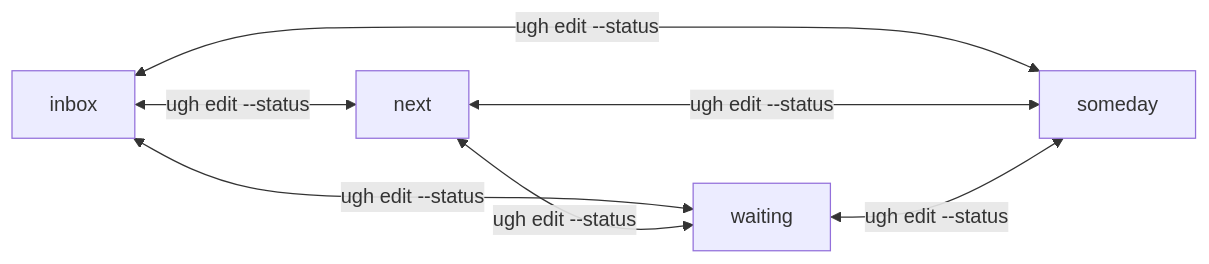
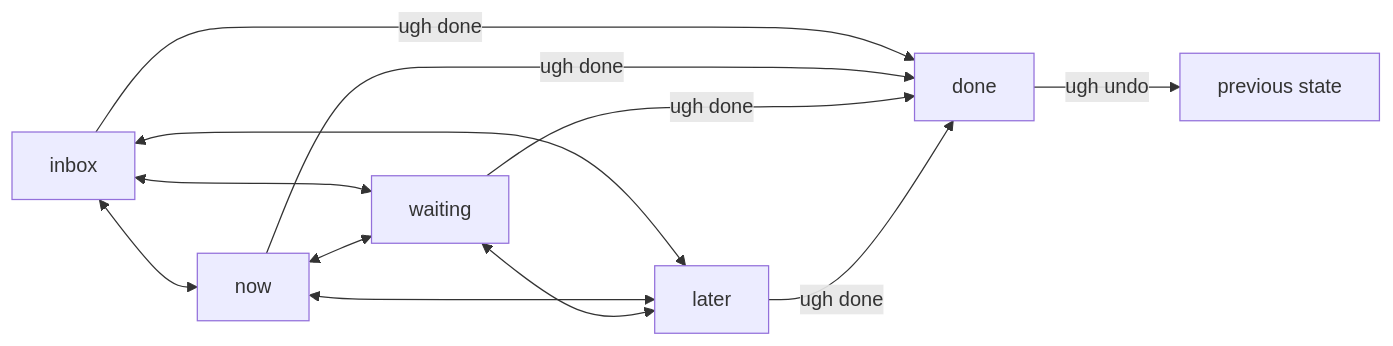
One commit to mholtzscher/ugh changed the first of 2 diagrams in README.md. Above: the diagram before and after it, drawn with Mermaid. The commit also changed other lines of this file and 31 other files, not shown here.

````diff
--- a/README.md
+++ b/README.md
@@ -147,14 +148,22 @@
 ```mermaid
 flowchart LR
-  SInbox[inbox]
-  SNext[next]
-  SWaiting[waiting]
-  SSomeday[someday]
+  Inbox[inbox]
+  Now[now]
+  Waiting[waiting]
+  Later[later]
+  Done[done]
+  Prev[previous state]
 
-  SInbox <--> |ugh edit --status| SNext
-  SInbox <--> |ugh edit --status| SWaiting
-  SInbox <--> |ugh edit --status| SSomeday
-  SNext <--> |ugh edit --status| SWaiting
-  SNext <--> |ugh edit --status| SSomeday
-  SWaiting <--> |ugh edit --status| SSomeday
+  Inbox <--> Now
+  Inbox <--> Waiting
+  Inbox <--> Later
+  Now <--> Waiting
+  Now <--> Later
+  Waiting <--> Later
+
+  Inbox -->|ugh done| Done
+  Now -->|ugh done| Done
+  Waiting -->|ugh done| Done
+  Later -->|ugh done| Done
+  Done -->|ugh undo| Prev
 ```
````
